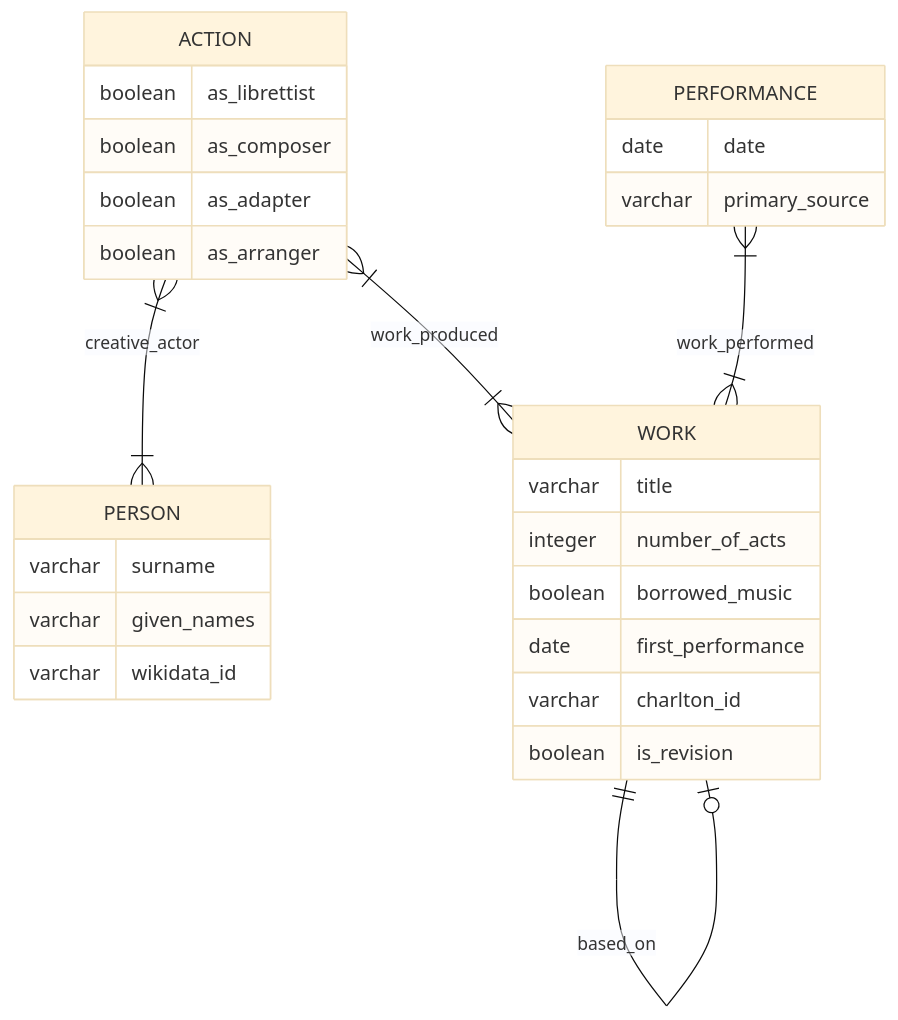
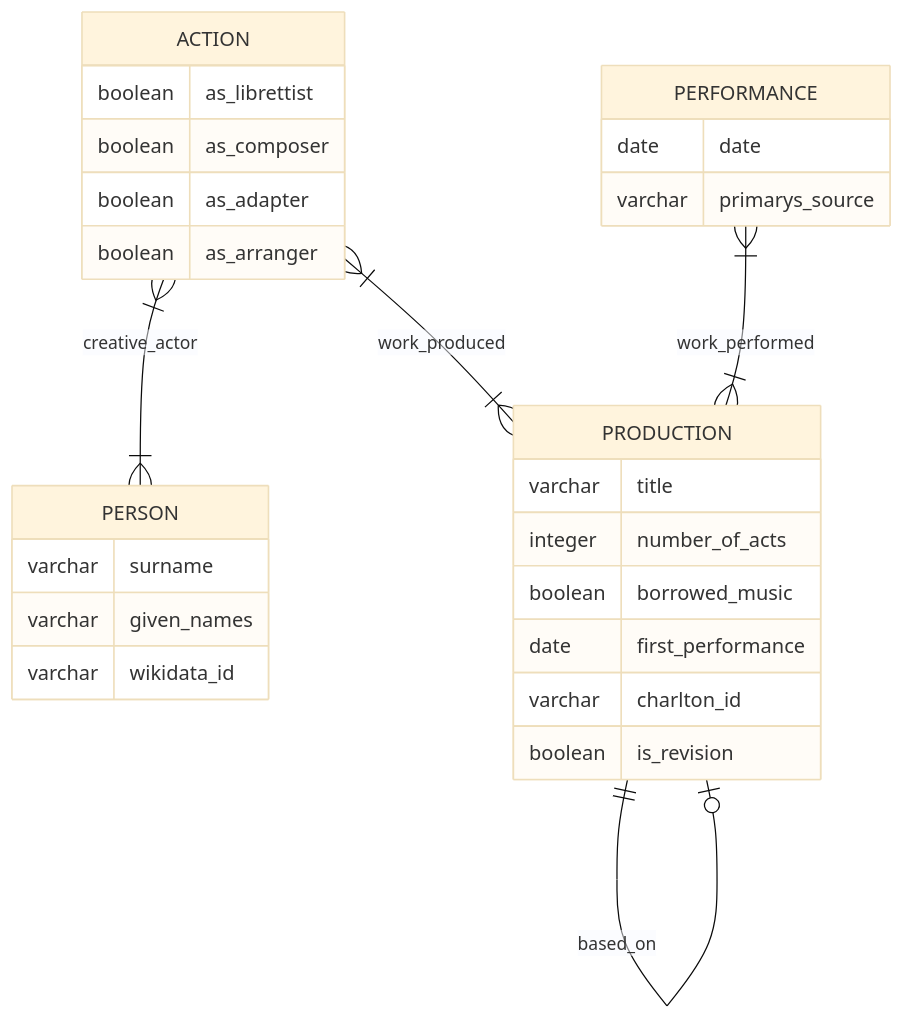
Before and after one commit to kat-kel/opera-comique-revivals: the diagram in README.md, drawn with Mermaid (base theme). The commit also changed other lines of this file, not shown here.

Commit message:
change terminology for work

````diff
--- a/README.md
+++ b/README.md
@@ -7,32 +7,32 @@
 ```mermaid
 erDiagram
 
     PERSON {
         varchar surname
         varchar given_names
         varchar wikidata_id
     }
     ACTION {
         boolean as_librettist
         boolean as_composer
         boolean as_adapter
         boolean as_arranger
     }
     ACTION }|--|{ PERSON : creative_actor
-    ACTION }|--|{ WORK : work_produced
-    WORK {
+    ACTION }|--|{ PRODUCTION : work_produced
+    PRODUCTION {
         varchar title
         integer number_of_acts
         boolean borrowed_music
         date first_performance
         varchar charlton_id
         boolean is_revision
     }
-    WORK ||--o| WORK : based_on
+    PRODUCTION ||--o| PRODUCTION : based_on
     PERFORMANCE {
         date date
-        varchar primary_source
+        varchar primarys_source
     }
-    PERFORMANCE }|--|{ WORK : work_performed
+    PERFORMANCE }|--|{ PRODUCTION : work_performed
 
 ```
````
